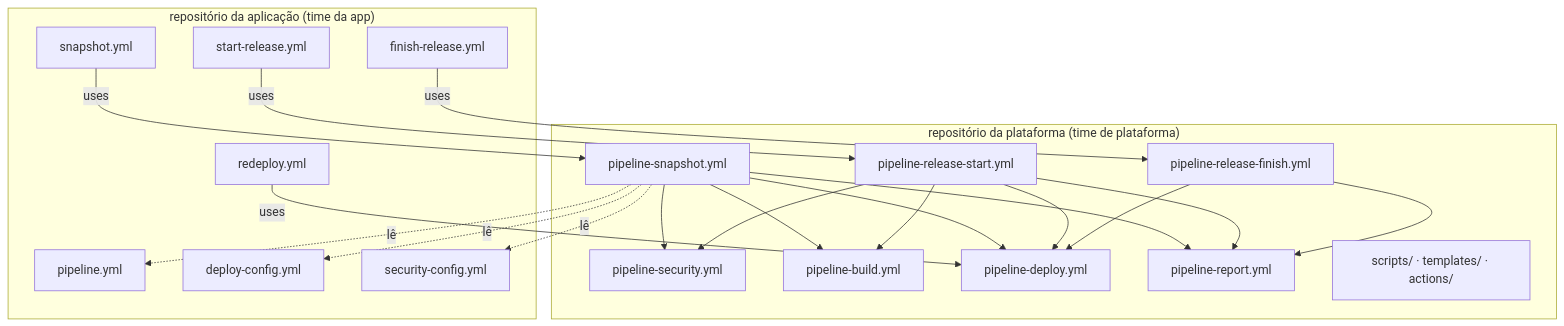
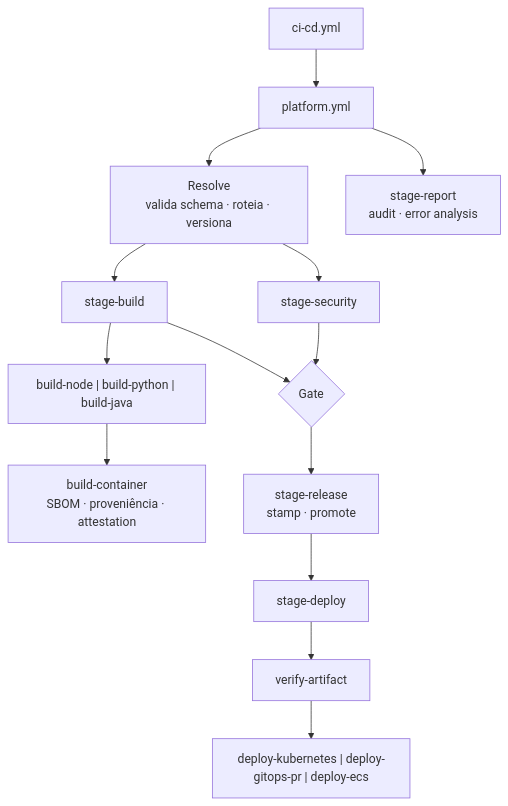
The first of 2 diagrams in docs/01-arquitetura.md (diogorochaaraujo/gitflow-devsecops-pipeline), drawn with Mermaid before and after one commit. The commit also changed other lines of this file and 75 other files, not shown here.

````diff
--- a/docs/01-arquitetura.md
+++ b/docs/01-arquitetura.md
@@ -17,19 +18,12 @@
 ```mermaid
 flowchart TB
-  subgraph APP["repositório da aplicação (time da app)"]
-    W1["snapshot.yml"] & W2["start-release.yml"] & W3["finish-release.yml"] & W4["redeploy.yml"]
-    C1["pipeline.yml"] & C2["deploy-config.yml"] & C3["security-config.yml"]
-  end
-  subgraph PLAT["repositório da plataforma (time de plataforma)"]
-    P1["pipeline-snapshot.yml"] & P2["pipeline-release-start.yml"] & P3["pipeline-release-finish.yml"]
-    P4["pipeline-security.yml"] & P5["pipeline-build.yml"] & P6["pipeline-deploy.yml"] & P7["pipeline-report.yml"]
-    S["scripts/ · templates/ · actions/"]
-  end
-  W1 -->|uses| P1
-  W2 -->|uses| P2
-  W3 -->|uses| P3
-  W4 -->|uses| P6
-  P1 & P2 --> P4 & P5
-  P1 & P2 & P3 --> P6 & P7
-  P1 -.lê.-> C1 & C2 & C3
+  CI["ci-cd.yml"] --> P["platform.yml"]
+  P --> R["Resolve<br/>valida schema · roteia · versiona"]
+  R --> SEC["stage-security"] & B["stage-build"]
+  B --> MB["build-node | build-python | build-java"] --> MC["build-container<br/>SBOM · proveniência · attestation"]
+  SEC & B --> G{"Gate"}
+  G --> REL["stage-release<br/>stamp · promote"]
+  REL --> D["stage-deploy"]
+  D --> V["verify-artifact"] --> MD["deploy-kubernetes | deploy-gitops-pr | deploy-ecs"]
+  P --> REP["stage-report<br/>audit · error analysis"]
 ```
````
